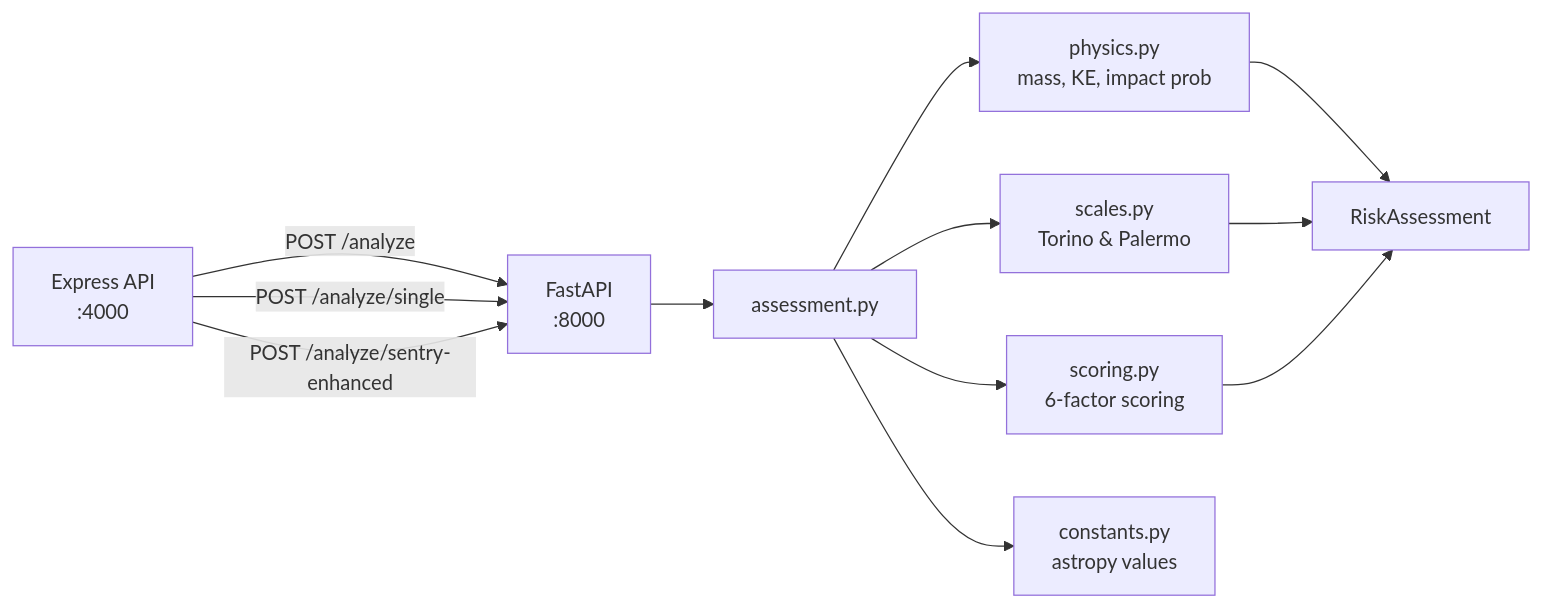
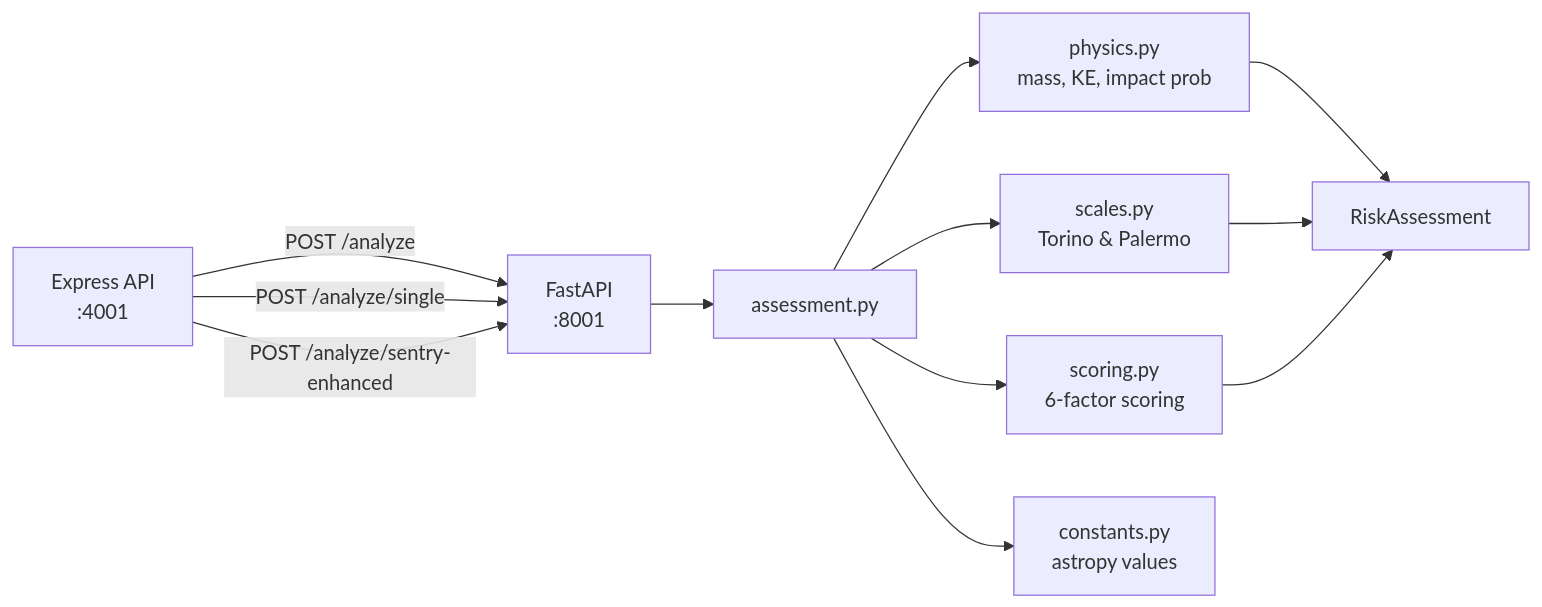
The second of 2 diagrams in docs/NEO.md (rudra-sah00/cosmic-watch-backend), drawn with Mermaid before and after one commit. The commit also changed other lines of this file and 8 other files, not shown here.

````diff
--- a/docs/NEO.md
+++ b/docs/NEO.md
@@ -387,13 +387,13 @@
 ```mermaid
 flowchart LR
-    A["Express API<br/>:4000"] -- "POST /analyze" --> B["FastAPI<br/>:8000"]
+    A["Express API<br/>:4001"] -- "POST /analyze" --> B["FastAPI<br/>:8001"]
     A -- "POST /analyze/single" --> B
     A -- "POST /analyze/sentry-enhanced" --> B
 
     B --> C["assessment.py"]
     C --> D["physics.py<br/>mass, KE, impact prob"]
     C --> E["scales.py<br/>Torino & Palermo"]
     C --> F["scoring.py<br/>6-factor scoring"]
     C --> G["constants.py<br/>astropy values"]
     D & E & F --> H["RiskAssessment"]
 ```
````
